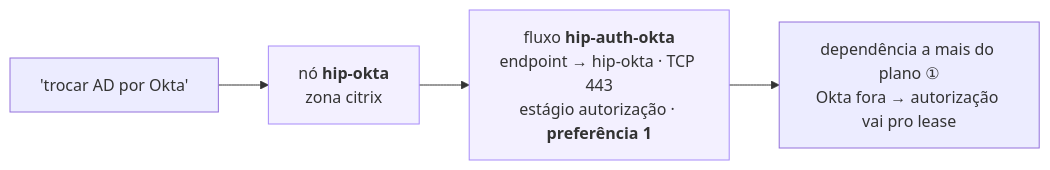
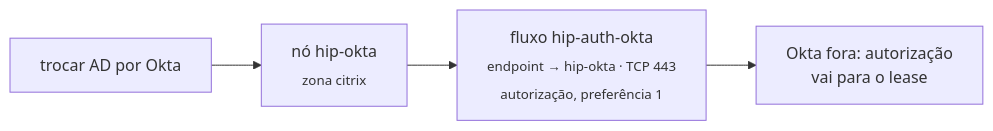
Before and after one commit to tr0drigues/gemeodigital: the tenth of 12 diagrams in README.md, drawn with Mermaid. The commit also changed other lines of this file and 2 other files, not shown here.

````diff
--- a/README.md
+++ b/README.md
@@ -635,8 +552,6 @@
 ```mermaid
 flowchart LR
-    Q["'trocar AD por Okta'"] --> N["nó <b>hip-okta</b><br/>zona citrix"]
-    N --> F["fluxo <b>hip-auth-okta</b><br/>endpoint → hip-okta · TCP 443<br/>estágio autorização · <b>preferência 1</b>"]
-    F --> R["dependência a mais do plano ①<br/>Okta fora → autorização vai pro lease"]
-    style N fill:#a78bfa22,stroke:#a78bfa
-    style F fill:#a78bfa22,stroke:#a78bfa
+    Q["trocar AD por Okta"] --> N["nó hip-okta<br/><sub>zona citrix</sub>"]
+    N --> F["fluxo hip-auth-okta<br/><sub>endpoint → hip-okta · TCP 443<br/>autorização, preferência 1</sub>"]
+    F --> R["Okta fora: autorização<br/>vai para o lease"]
 ```
````
